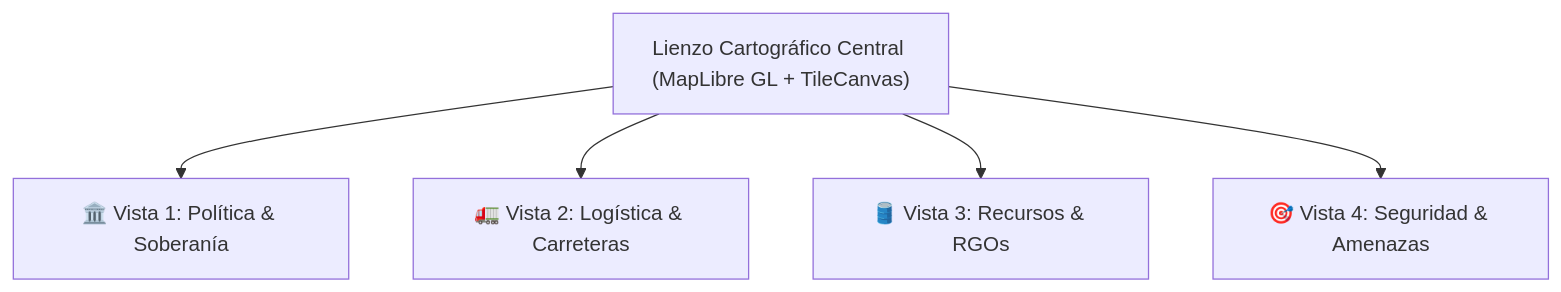
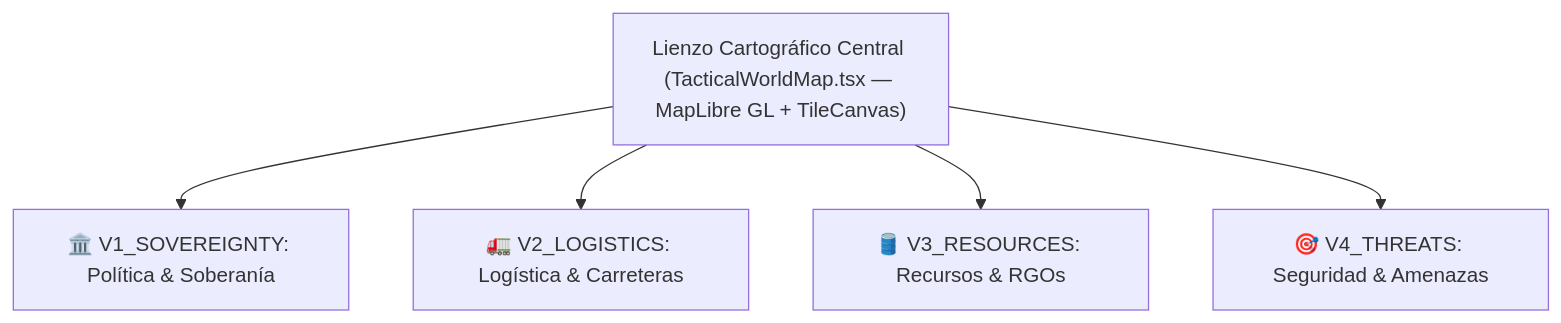
The fifth of 8 diagrams in docs/PROPUESTA_INGENIERIA_MAPA_METAPOLITICA_ALICE_CABIMAS.md (davikisea/GEOTACTICS-ONLINE), drawn with Mermaid before and after one commit. The commit also changed other lines of this file and 352 other files, not shown here.

Commit message:
feat(architecture): migración modular a 4 dominios (@domains/*), consolidación de base de datos y sincronización de suites deterministas

````diff
--- a/docs/PROPUESTA_INGENIERIA_MAPA_METAPOLITICA_ALICE_CABIMAS.md
+++ b/docs/PROPUESTA_INGENIERIA_MAPA_METAPOLITICA_ALICE_CABIMAS.md
@@ -230,13 +248,13 @@
 ```mermaid
 graph TD
-    MapCanvas["Lienzo Cartográfico Central (MapLibre GL + TileCanvas)"]
-    V1["🏛️ Vista 1: Política & Soberanía"]
-    V2["🚛 Vista 2: Logística & Carreteras"]
-    V3["🛢️ Vista 3: Recursos & RGOs"]
-    V4["🎯 Vista 4: Seguridad & Amenazas"]
+    MapCanvas["Lienzo Cartográfico Central (TacticalWorldMap.tsx — MapLibre GL + TileCanvas)"]
+    V1["🏛️ V1_SOVEREIGNTY: Política & Soberanía"]
+    V2["🚛 V2_LOGISTICS: Logística & Carreteras"]
+    V3["🛢️ V3_RESOURCES: Recursos & RGOs"]
+    V4["🎯 V4_THREATS: Seguridad & Amenazas"]
 
     MapCanvas --> V1
     MapCanvas --> V2
     MapCanvas --> V3
     MapCanvas --> V4
 ```
````
